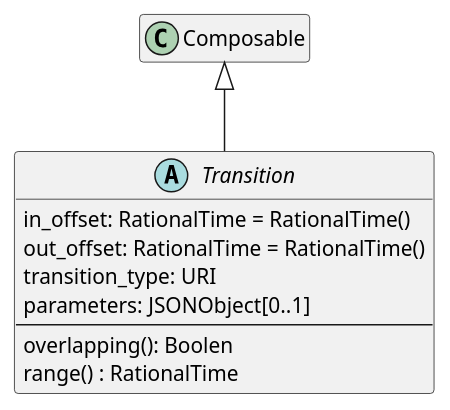
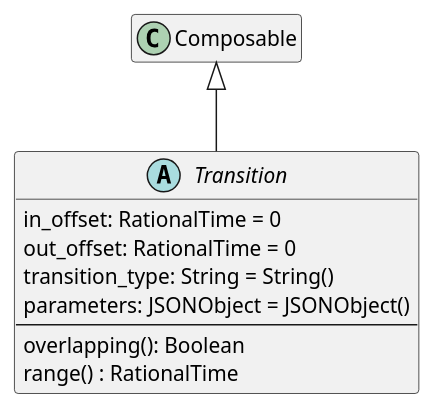
One commit to sandflow/otio-core-specification changed diagram 15 of 32 in src/main/md/otio-core.md. Above: the diagram before and after it, drawn with PlantUML. The commit also changed other lines of this file and 11 other files, not shown here.

Commit message:
Updated schema per test material

````diff
--- a/src/main/md/otio-core.md
+++ b/src/main/md/otio-core.md
@@ -922,20 +914,20 @@
 ```puml
 @startuml
 hide empty members
 skinparam classAttributeIconSize 0
 skinparam linetype ortho
 
 Composable <|-- Transition
 
 abstract class Transition {
-  in_offset: RationalTime = RationalTime()
-  out_offset: RationalTime = RationalTime()
-  transition_type: URI
-  parameters: JSONObject[0..1]
+  in_offset: RationalTime = 0
+  out_offset: RationalTime = 0
+  transition_type: String = String()
+  parameters: JSONObject = JSONObject()
   --
-  overlapping(): Boolen
+  overlapping(): Boolean
   range() : RationalTime
 }
 
 @enduml
 ```
````
